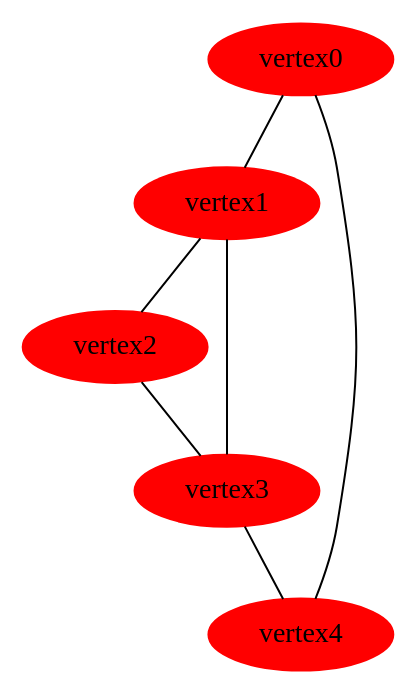
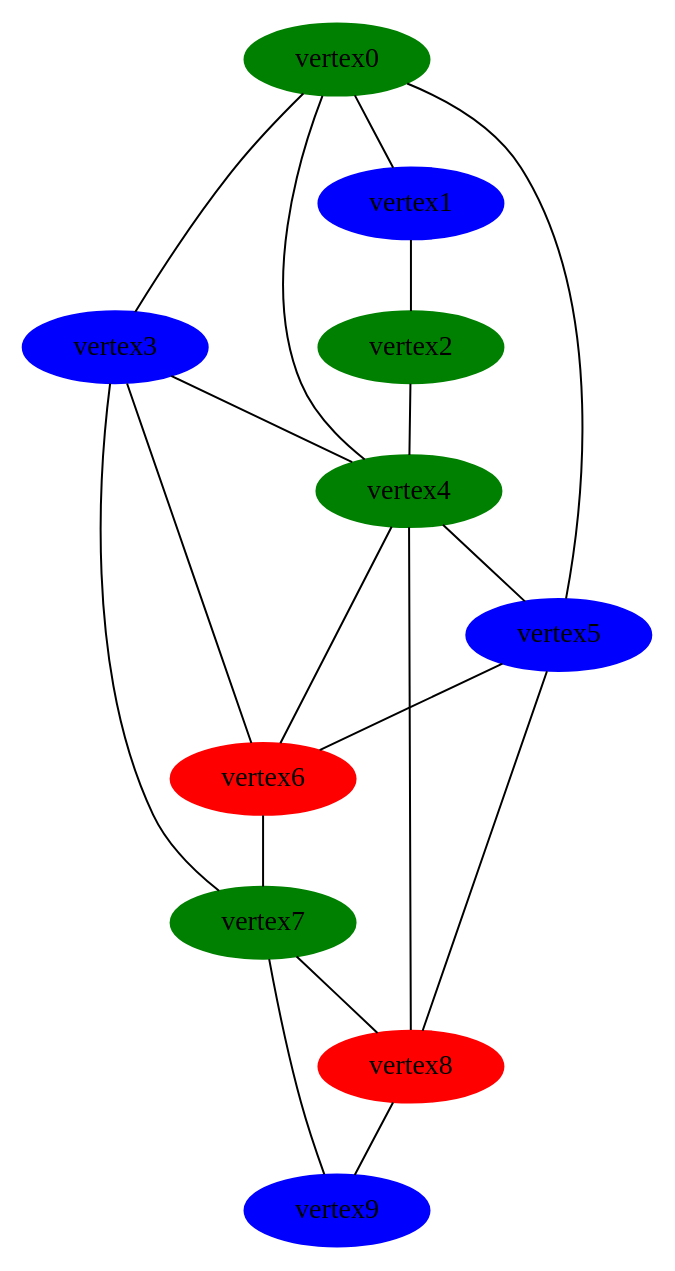
Before and after one commit to sienioslaw/tgis: the diagram in graf.dot, drawn with Graphviz. The commit also changed 3 other files, not shown here.

```diff
--- a/graf.dot
+++ b/graf.dot
@@ -1,18 +1,40 @@
 Graph {
-vertex0 [style=filled, color=red]
-vertex1 [style=filled, color=red]
-vertex2 [style=filled, color=red]
-vertex3 [style=filled, color=red]
-vertex4 [style=filled, color=red]
+vertex0 [style=filled, color=green]
+vertex1 [style=filled, color=blue]
+vertex2 [style=filled, color=green]
+vertex3 [style=filled, color=blue]
+vertex4 [style=filled, color=green]
+vertex5 [style=filled, color=blue]
+vertex6 [style=filled, color=red]
+vertex7 [style=filled, color=green]
+vertex8 [style=filled, color=red]
+vertex9 [style=filled, color=blue]
 vertex0 -- vertex1
+vertex0 -- vertex3
 vertex0 -- vertex4
+vertex0 -- vertex5
 
 vertex1 -- vertex2
-vertex1 -- vertex3
 
-vertex2 -- vertex3
+vertex2 -- vertex4
 
 vertex3 -- vertex4
+vertex3 -- vertex6
+vertex3 -- vertex7
+
+vertex4 -- vertex5
+vertex4 -- vertex6
+vertex4 -- vertex8
+
+vertex5 -- vertex6
+vertex5 -- vertex8
+
+vertex6 -- vertex7
+
+vertex7 -- vertex8
+vertex7 -- vertex9
+
+vertex8 -- vertex9
 
 
 }
```
